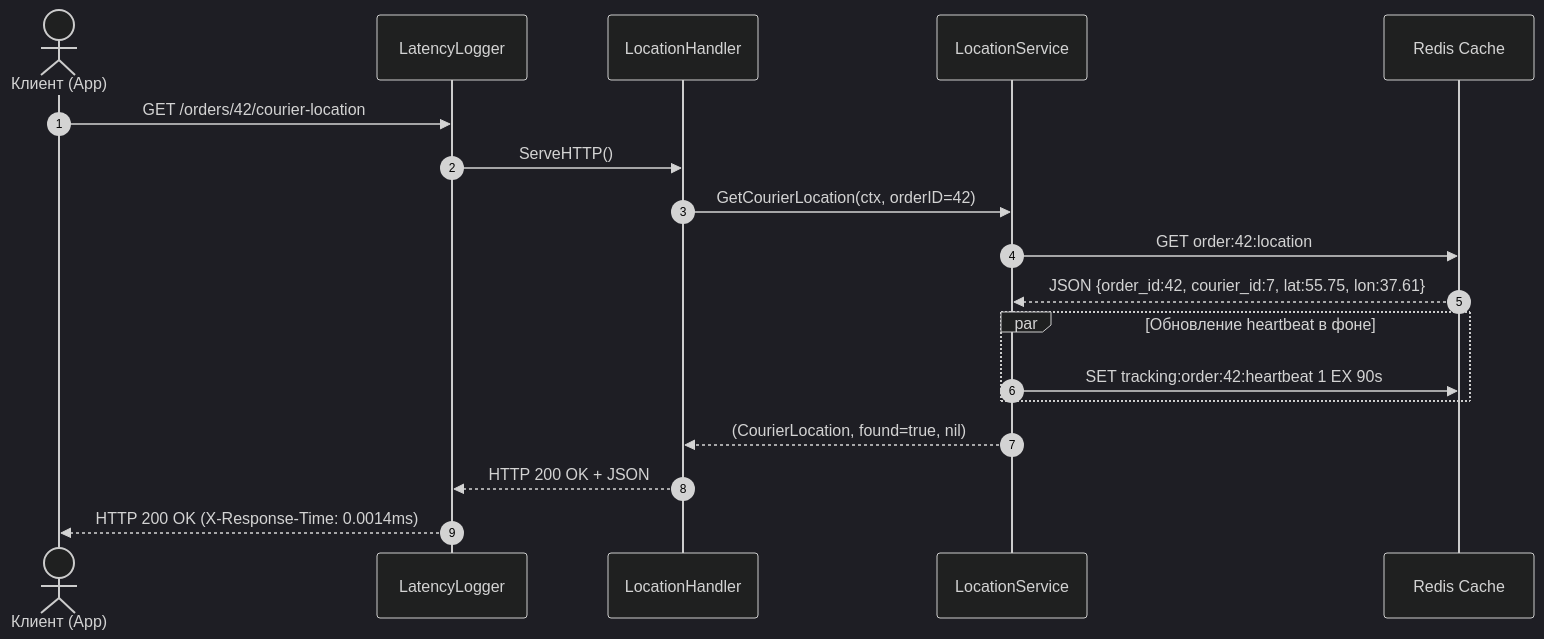
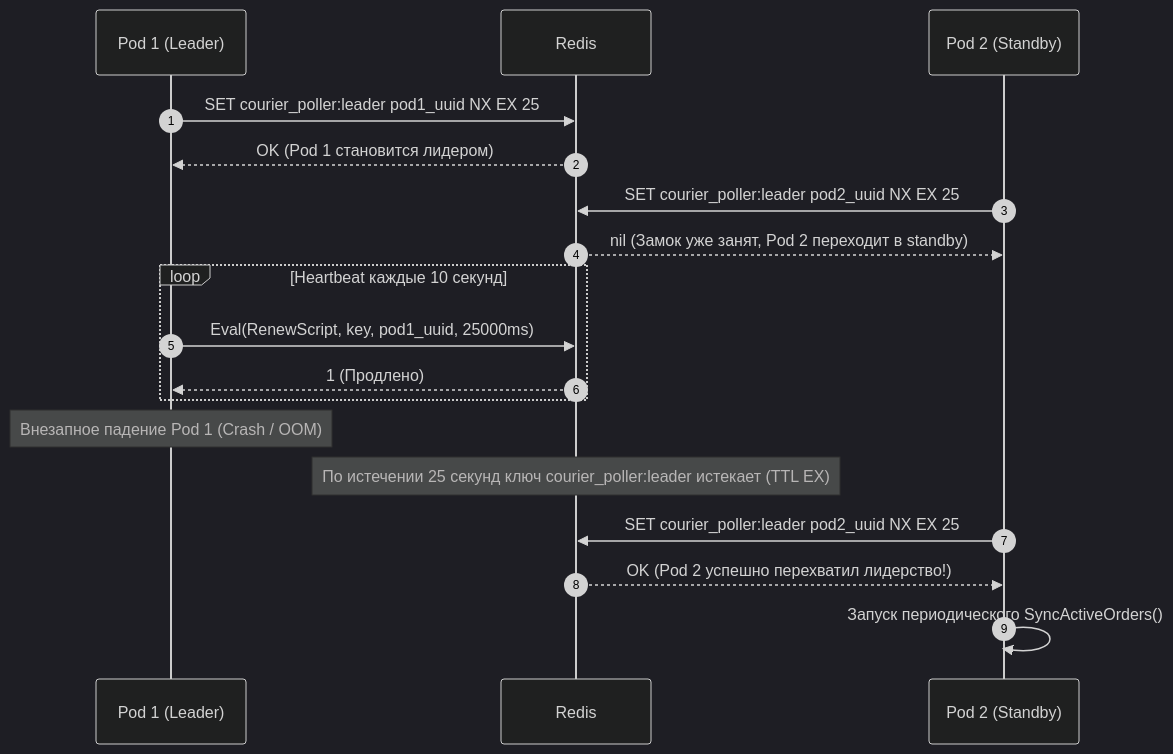
One commit to mioxin/redis_agy changed the third of 4 diagrams in docs/SYSTEM_DESIGN.md. Above: the diagram before and after it, drawn with Mermaid (dark theme). The commit also changed other lines of this file and 33 other files, not shown here.

````diff
--- a/docs/SYSTEM_DESIGN.md
+++ b/docs/SYSTEM_DESIGN.md
@@ -210,23 +168,24 @@
 ```mermaid
 sequenceDiagram
     autonumber
-    actor Client as Клиент (App)
-    participant Middleware as LatencyLogger
-    participant Handler as LocationHandler
-    participant Service as LocationService
-    participant Redis as Redis Cache
+    participant Pod1 as Pod 1 (Leader)
+    participant Redis as Redis
+    participant Pod2 as Pod 2 (Standby)
 
-    Client->>Middleware: GET /orders/42/courier-location
-    Middleware->>Handler: ServeHTTP()
-    Handler->>Service: GetCourierLocation(ctx, orderID=42)
-    Service->>Redis: GET order:42:location
-    Redis-->>Service: JSON {order_id:42, courier_id:7, lat:55.75, lon:37.61}
-    
-    par Обновление heartbeat в фоне
-        Service->>Redis: SET tracking:order:42:heartbeat 1 EX 90s
+    Pod1->>Redis: SET courier_poller:leader pod1_uuid NX EX 25
+    Redis-->>Pod1: OK (Pod 1 становится лидером)
+    Pod2->>Redis: SET courier_poller:leader pod2_uuid NX EX 25
+    Redis-->>Pod2: nil (Замок уже занят, Pod 2 переходит в standby)
+
+    loop Heartbeat каждые 10 секунд
+        Pod1->>Redis: Eval(RenewScript, key, pod1_uuid, 25000ms)
+        Redis-->>Pod1: 1 (Продлено)
     end
-    
-    Service-->>Handler: (CourierLocation, found=true, nil)
-    Handler-->>Middleware: HTTP 200 OK + JSON
-    Middleware-->>Client: HTTP 200 OK (X-Response-Time: 0.0014ms)
+
+    Note over Pod1: Внезапное падение Pod 1 (Crash / OOM)
+    Note over Redis: По истечении 25 секунд ключ courier_poller:leader истекает (TTL EX)
+
+    Pod2->>Redis: SET courier_poller:leader pod2_uuid NX EX 25
+    Redis-->>Pod2: OK (Pod 2 успешно перехватил лидерство!)
+    Pod2->>Pod2: Запуск периодического SyncActiveOrders()
 ```
````
